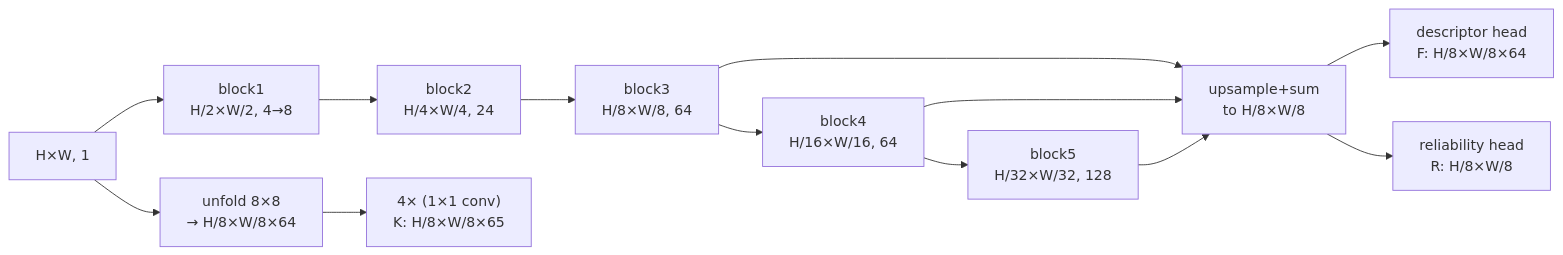
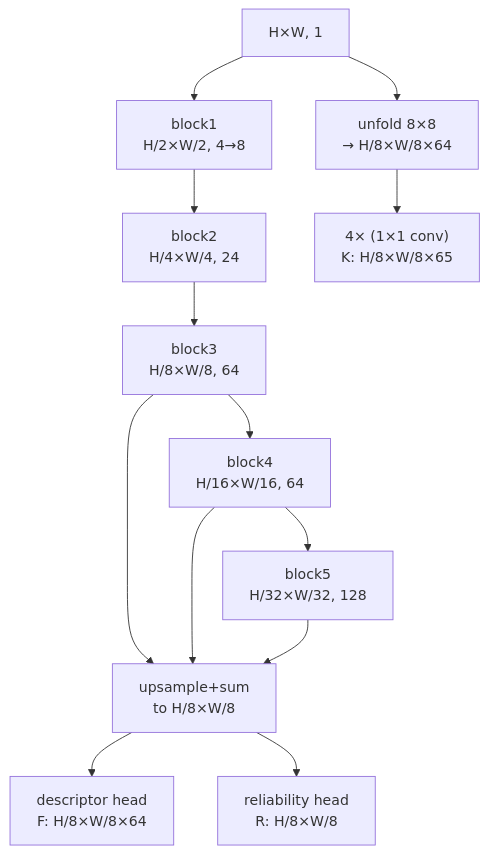
One commit to VitalyVorobyev/vitavision changed the diagram in content/models/xfeat.md. Above: the diagram before and after it, drawn with Mermaid. The commit also changed other lines of this file and 342 other files, not shown here.

````diff
--- a/content/models/xfeat.md
+++ b/content/models/xfeat.md
@@ -62,15 +61,15 @@
 ```mermaid
-flowchart LR
+flowchart TB
     I["H×W, 1"] --> B1["block1<br/>H/2×W/2, 4→8"]
     B1 --> B2["block2<br/>H/4×W/4, 24"]
     B2 --> B3["block3<br/>H/8×W/8, 64"]
     B3 --> B4["block4<br/>H/16×W/16, 64"]
     B4 --> B5["block5<br/>H/32×W/32, 128"]
     B3 --> D["upsample+sum<br/>to H/8×W/8"]
     B4 --> D
     B5 --> D
     D --> F["descriptor head<br/>F: H/8×W/8×64"]
     D --> R["reliability head<br/>R: H/8×W/8"]
     I --> KB["unfold 8×8<br/>→ H/8×W/8×64"]
     KB --> KH["4× (1×1 conv)<br/>K: H/8×W/8×65"]
 ```
````
